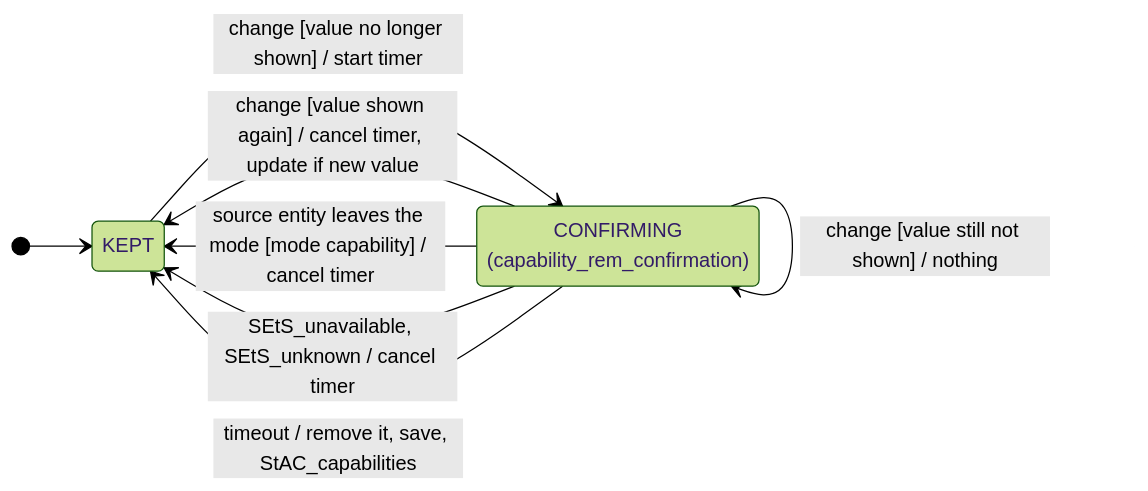
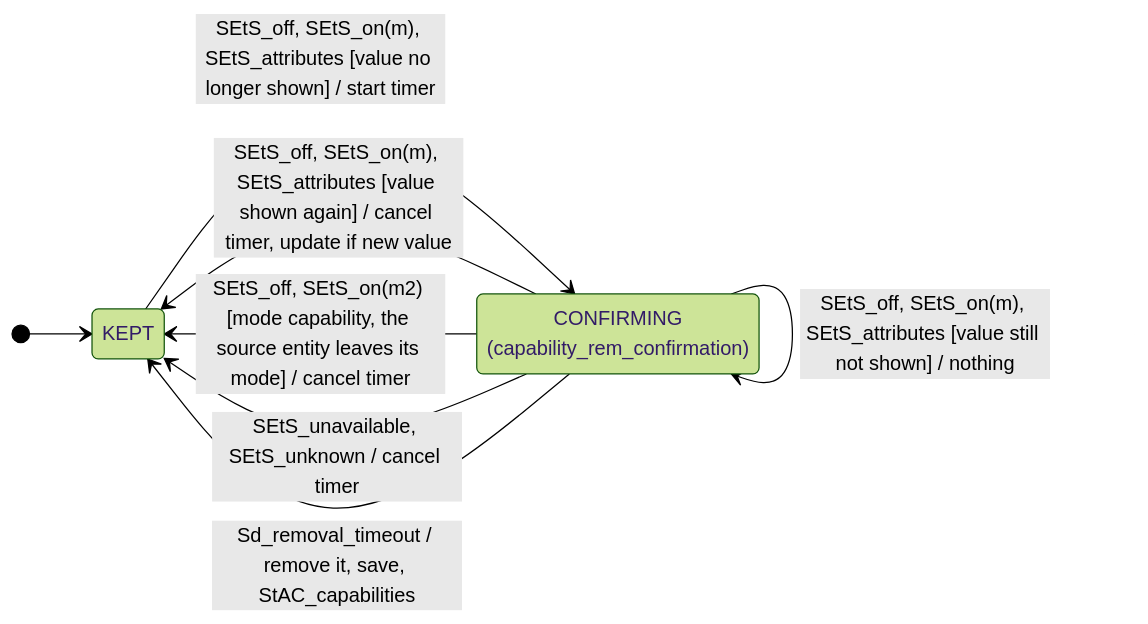
The third of 12 diagrams in SPEC.md (marsoupilami25/adaptative-climate), drawn with Mermaid (forest theme) before and after one commit. The commit also changed other lines of this file, not shown here.

````diff
--- a/SPEC.md
+++ b/SPEC.md
@@ -338,13 +383,13 @@
 ```mermaid
 stateDiagram-v2
     direction LR
     state "KEPT" as K
     state "CONFIRMING<br/>(capability_rem_confirmation)" as C
     [*] --> K
-    K --> C : change [value no longer shown] / start timer
-    C --> C : change [value still not shown] / nothing
-    C --> K : change [value shown again] / cancel timer, update if new value
-    C --> K : source entity leaves the mode [mode capability] / cancel timer
+    K --> C : SEtS_off, SEtS_on(m), SEtS_attributes [value no longer shown] / start timer
+    C --> C : SEtS_off, SEtS_on(m), SEtS_attributes [value still not shown] / nothing
+    C --> K : SEtS_off, SEtS_on(m), SEtS_attributes [value shown again] / cancel timer, update if new value
+    C --> K : SEtS_off, SEtS_on(m2) [mode capability, the source entity leaves its mode] / cancel timer
     C --> K : SEtS_unavailable, SEtS_unknown / cancel timer
-    C --> K : timeout / remove it, save, StAC_capabilities
+    C --> K : Sd_removal_timeout / remove it, save, StAC_capabilities
 ```
````
